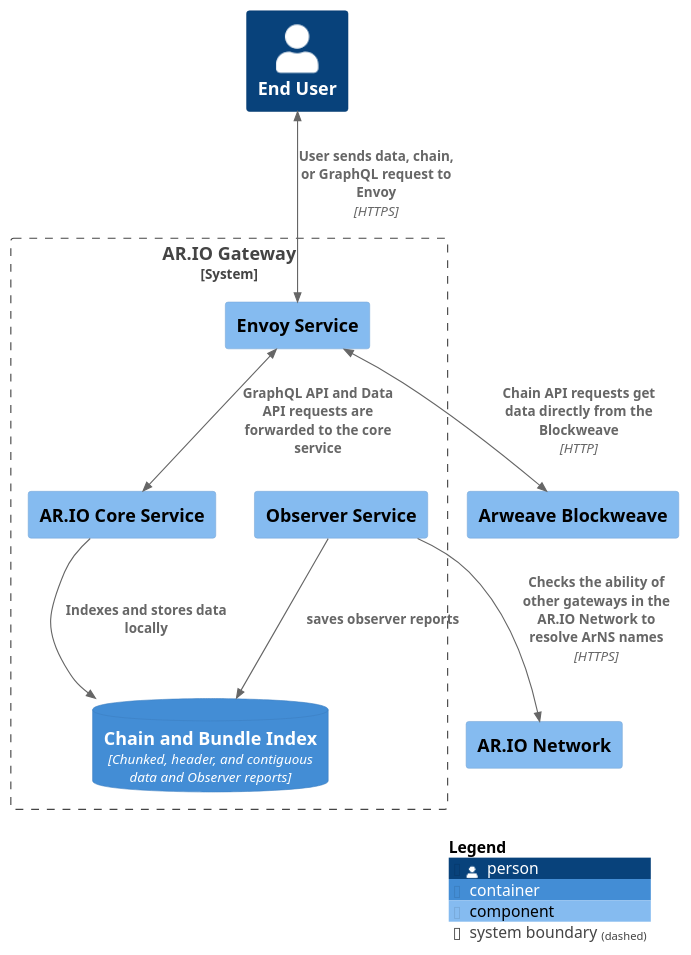
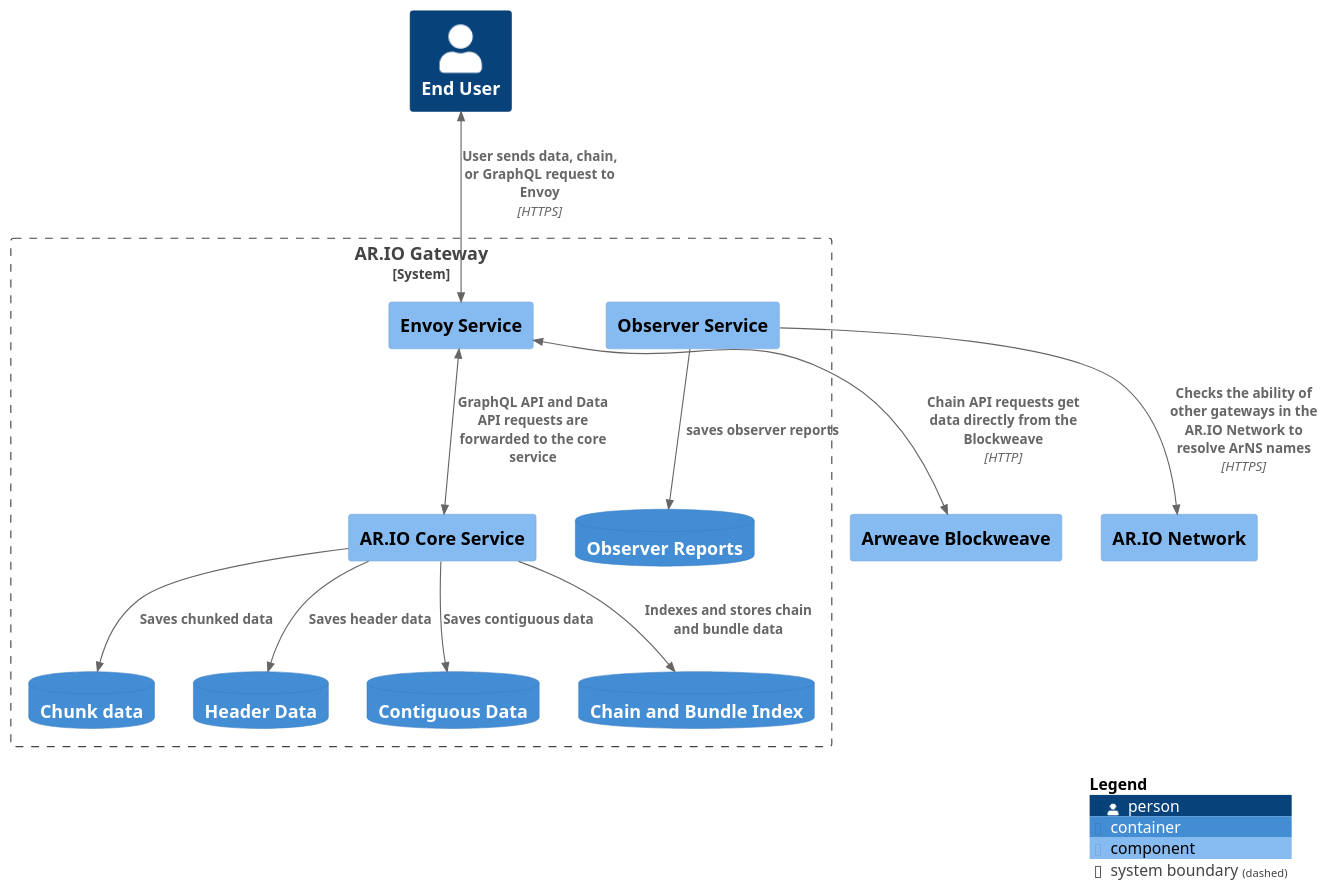
Before and after one commit to ar-io/ar-io-node: the diagram in docs/diagrams/src/Gateway.puml, drawn with PlantUML.

Commit message:
docs: Updated Gateways Diagram to show different data indexes

```diff
--- a/docs/diagrams/src/Gateway.puml
+++ b/docs/diagrams/src/Gateway.puml
@@ -1,41 +1,47 @@
 @startuml Gateway
 
 
 !include ./C4_definitions/C4_Context.puml
 !include ./C4_definitions/C4_Container.puml
 !include ./C4_definitions/C4_Component.puml
 
 ' Set Layout
 LAYOUT_TOP_DOWN()
 
 
 ' Define Elements
 
 Person(user, "End User")
 Component(arweave, "Arweave Blockweave")
 Component(network, "AR.IO Network")
 
 System_Boundary(ar-io, "AR.IO Gateway"){
     Component(core, "AR.IO Core Service")
     Component(envoy, "Envoy Service")
     Component(observer, "Observer Service")
 
-    ContainerDb(index, "Chain and Bundle Index", "Chunked, header, and contiguous data and Observer reports")
+    ContainerDb(chunks, "Chunk data")
+    ContainerDb(headers, "Header Data")
+    ContainerDb(contiguous, "Contiguous Data")
+    ContainerDb(reports, "Observer Reports")
+    ContainerDb(index, "Chain and Bundle Index")
 }
 
 ' Relationships
 BiRel(user, envoy, "User sends data, chain, or GraphQL request to Envoy", "HTTPS" )
 BiRel(envoy, arweave, "Chain API requests get data directly from the Blockweave", "HTTP")
 BiRel(envoy, core, "GraphQL API and Data API requests are forwarded to the core service")
 
 
-Rel(core, index, "Indexes and stores data locally")
+Rel(core, index, "Indexes and stores chain and bundle data")
+Rel(core, chunks, "Saves chunked data")
+Rel(core, headers, "Saves header data")
+Rel(core, contiguous, "Saves contiguous data")
 
-
-Rel(observer, index, "saves observer reports")
+Rel(observer, reports, "saves observer reports")
 Rel(observer, network, "Checks the ability of other gateways in the AR.IO Network to resolve ArNS names", "HTTPS")
 
 ' Legend
 SHOW_LEGEND()
 
 @enduml
```
